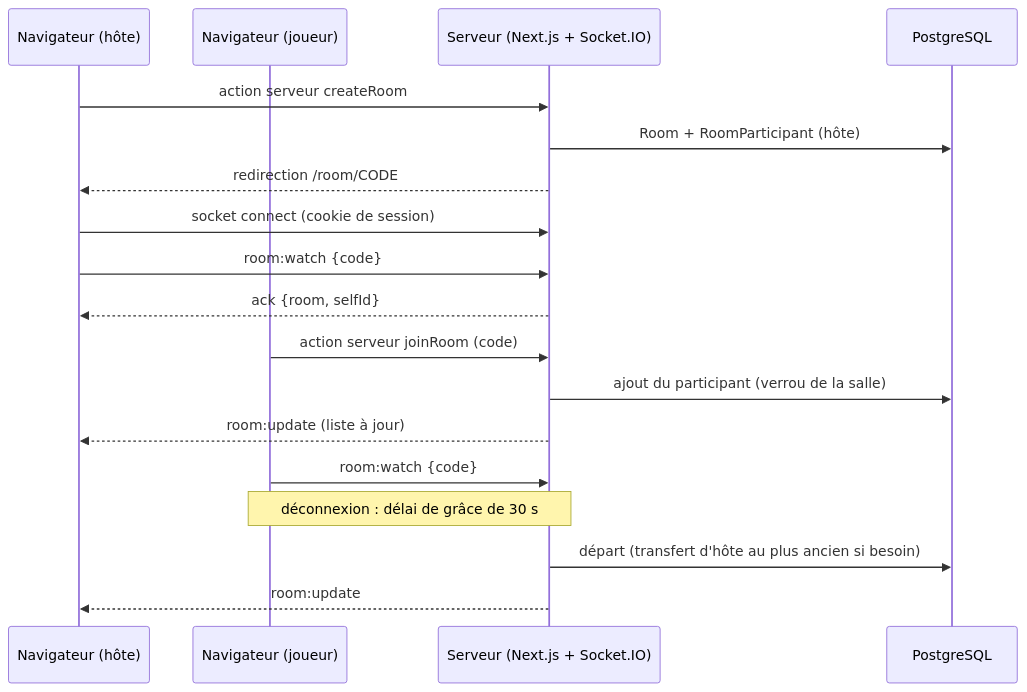
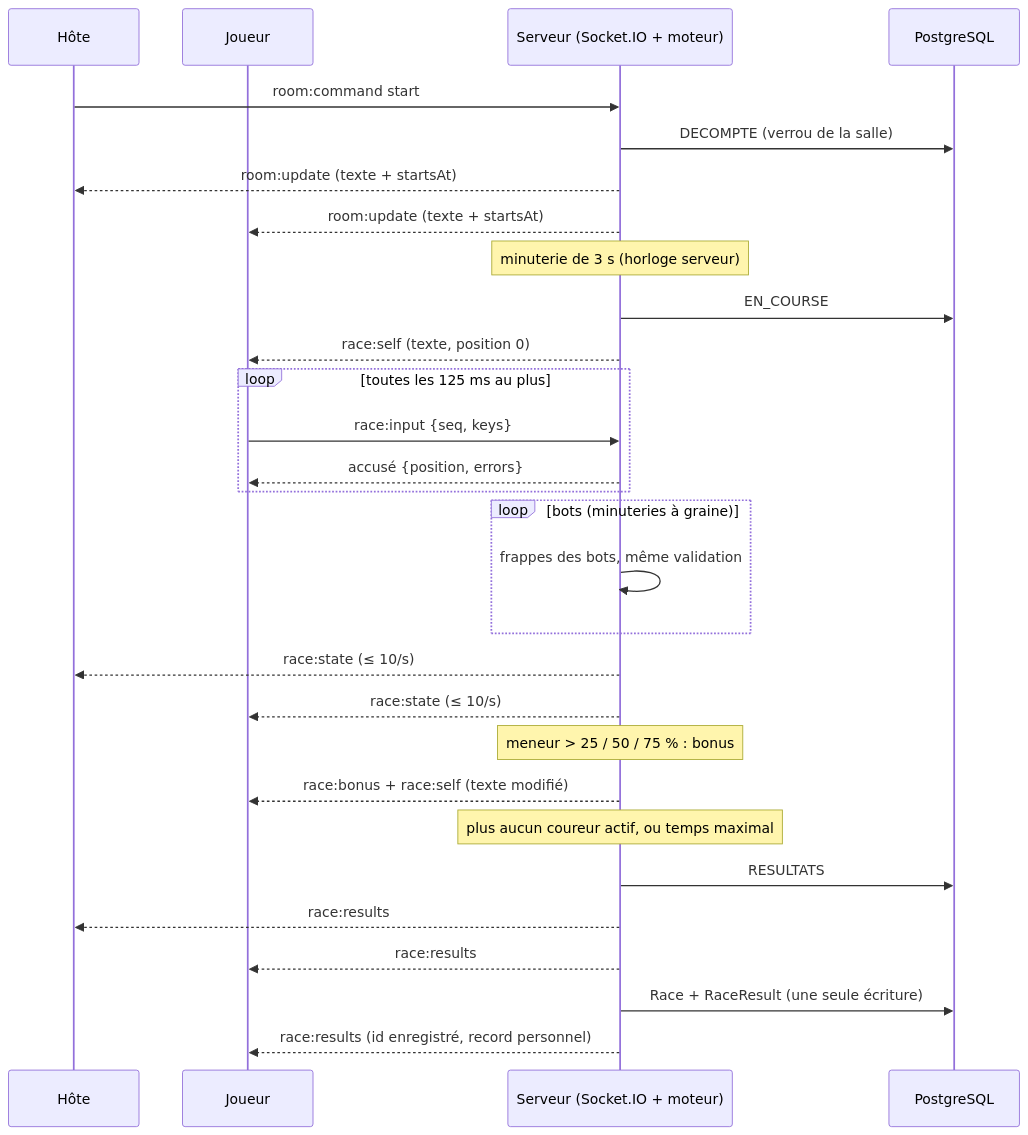
One commit to devzr24/typing-race changed the fourth of 4 diagrams in docs/ARCHITECTURE.md. Above: the diagram before and after it, drawn with Mermaid. The commit also changed other lines of this file and 10 other files, not shown here.

First line of the commit message:
docs(adr): README, architecture finale, IA et matrice à jour

````diff
--- a/docs/ARCHITECTURE.md
+++ b/docs/ARCHITECTURE.md
@@ -81,21 +121,32 @@
 ```mermaid
 sequenceDiagram
-    participant H as Navigateur (hôte)
-    participant J as Navigateur (joueur)
-    participant S as Serveur (Next.js + Socket.IO)
+    participant H as Hôte
+    participant J as Joueur
+    participant S as Serveur (Socket.IO + moteur)
     participant DB as PostgreSQL
 
-    H->>S: action serveur createRoom
-    S->>DB: Room + RoomParticipant (hôte)
-    S-->>H: redirection /room/CODE
-    H->>S: socket connect (cookie de session)
-    H->>S: room:watch {code}
-    S-->>H: ack {room, selfId}
-    J->>S: action serveur joinRoom (code)
-    S->>DB: ajout du participant (verrou de la salle)
-    S-->>H: room:update (liste à jour)
-    J->>S: room:watch {code}
-    Note over J,S: déconnexion : délai de grâce de 30 s
-    S->>DB: départ (transfert d'hôte au plus ancien si besoin)
-    S-->>H: room:update
+    H->>S: room:command start
+    S->>DB: DECOMPTE (verrou de la salle)
+    S-->>H: room:update (texte + startsAt)
+    S-->>J: room:update (texte + startsAt)
+    Note over S: minuterie de 3 s (horloge serveur)
+    S->>DB: EN_COURSE
+    S-->>J: race:self (texte, position 0)
+    loop toutes les 125 ms au plus
+        J->>S: race:input {seq, keys}
+        S-->>J: accusé {position, errors}
+    end
+    loop bots (minuteries à graine)
+        S->>S: frappes des bots, même validation
+    end
+    S-->>H: race:state (≤ 10/s)
+    S-->>J: race:state (≤ 10/s)
+    Note over S: meneur > 25 / 50 / 75 % : bonus
+    S-->>J: race:bonus + race:self (texte modifié)
+    Note over S: plus aucun coureur actif, ou temps maximal
+    S->>DB: RESULTATS
+    S-->>H: race:results
+    S-->>J: race:results
+    S->>DB: Race + RaceResult (une seule écriture)
+    S-->>J: race:results (id enregistré, record personnel)
 ```
````
